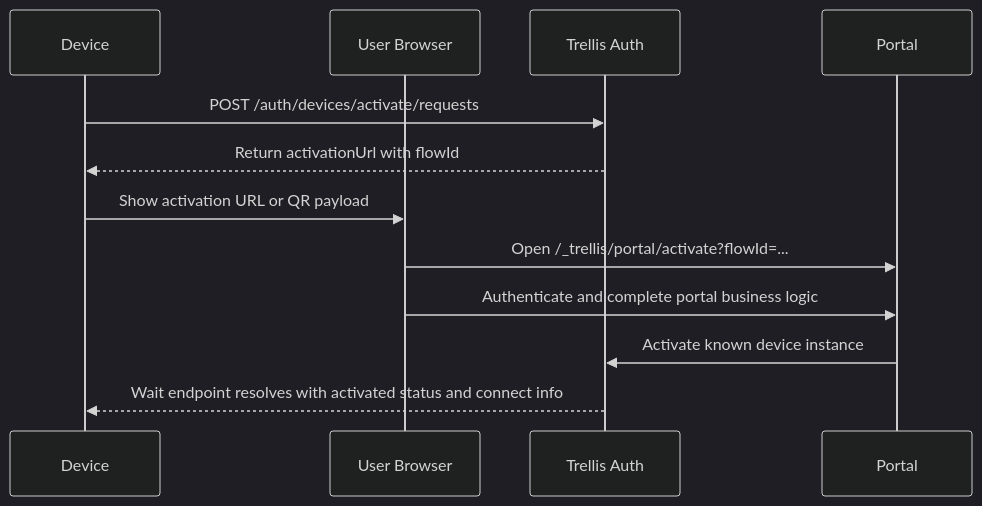
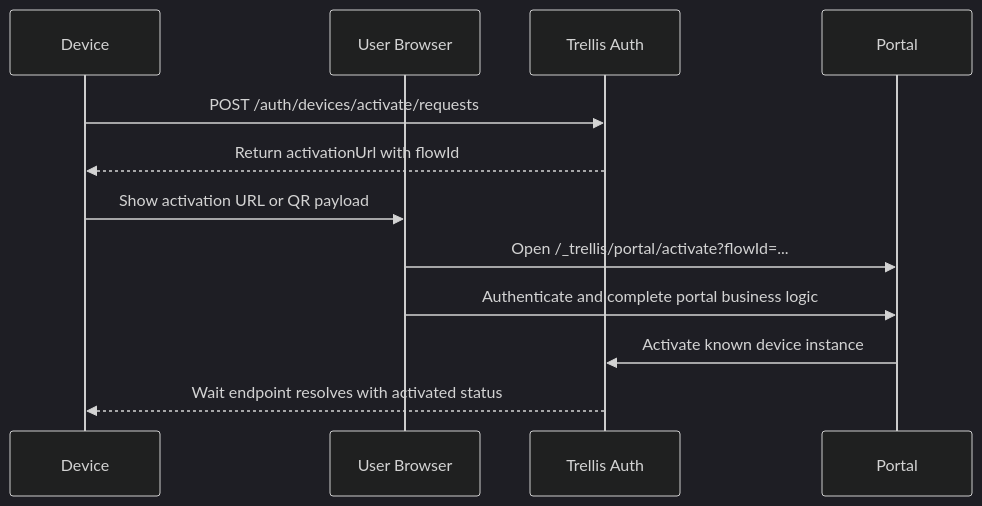
Before and after one commit to Qlever-LLC/trellis: the diagram in design/auth/device-activation.md, drawn with Mermaid (dark theme). The commit also changed other lines of this file and 31 other files, not shown here.

````diff
--- a/design/auth/device-activation.md
+++ b/design/auth/device-activation.md
@@ -183,15 +183,15 @@
 ```mermaid
 sequenceDiagram
     participant W as Device
     participant U as User Browser
     participant T as Trellis Auth
     participant P as Portal
 
     W->>T: POST /auth/devices/activate/requests
     T-->>W: Return activationUrl with flowId
     W->>U: Show activation URL or QR payload
     U->>P: Open /_trellis/portal/activate?flowId=...
     U->>P: Authenticate and complete portal business logic
     P->>T: Activate known device instance
-    T-->>W: Wait endpoint resolves with activated status and connect info
+    T-->>W: Wait endpoint resolves with activated status
 ```
````
